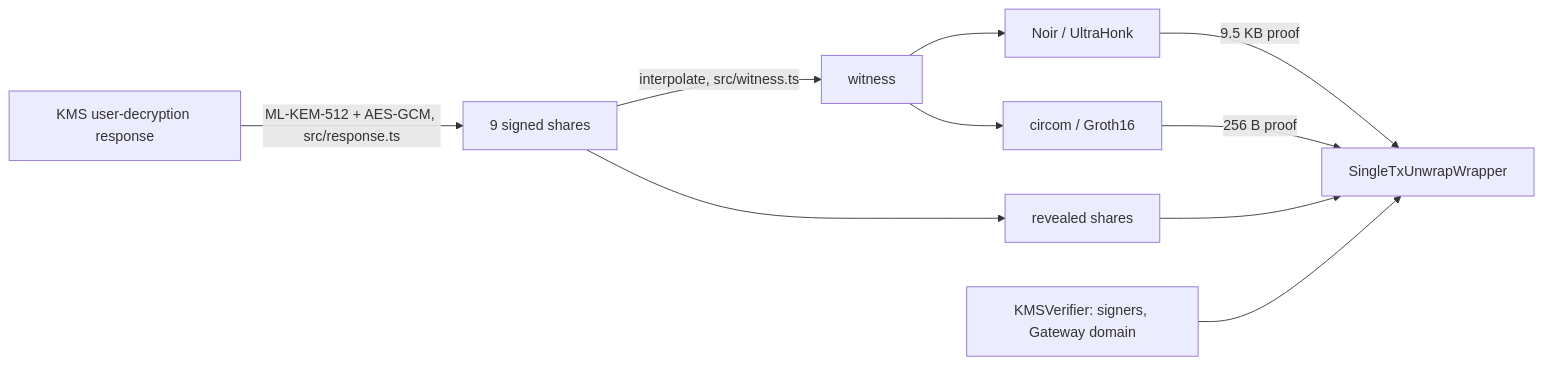
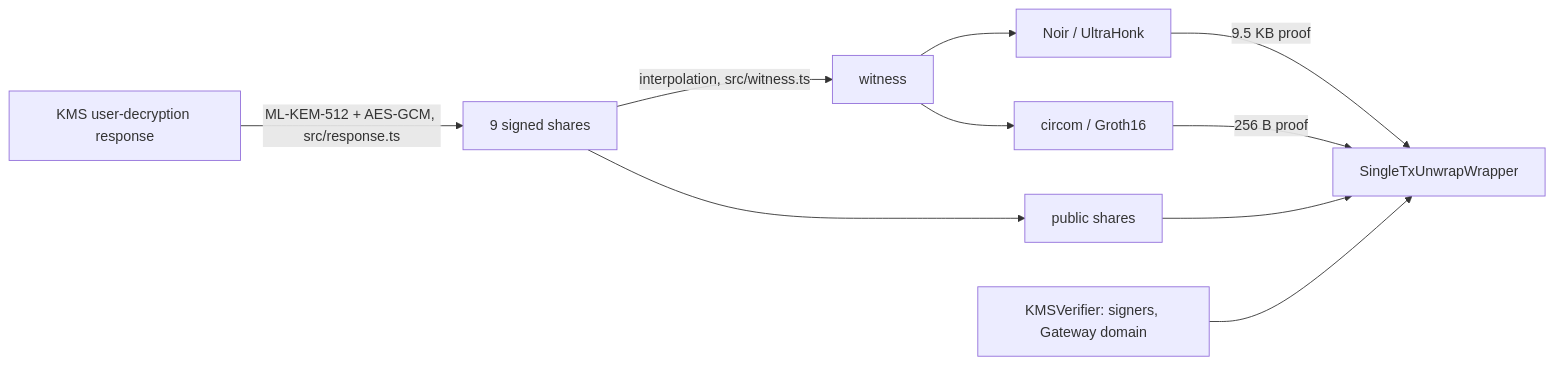
Before and after one commit to raycashxyz/erc-7984-single-tx-unwrap: the second of 2 diagrams in README.md, drawn with Mermaid. The commit also changed other lines of this file, not shown here.

````diff
--- a/README.md
+++ b/README.md
@@ -132,12 +164,12 @@
 ```mermaid
 flowchart LR
     R[KMS user-decryption response] -->|ML-KEM-512 + AES-GCM, src/response.ts| S[9 signed shares]
-    S -->|interpolate, src/witness.ts| Wt[witness]
+    S -->|interpolation, src/witness.ts| Wt[witness]
     Wt --> N[Noir / UltraHonk]
     Wt --> C[circom / Groth16]
-    S --> RS[revealed shares]
+    S --> RS[public shares]
     N -->|9.5 KB proof| W[SingleTxUnwrapWrapper]
     C -->|256 B proof| W
     RS --> W
     KV[KMSVerifier: signers, Gateway domain] --> W
 ```
````
